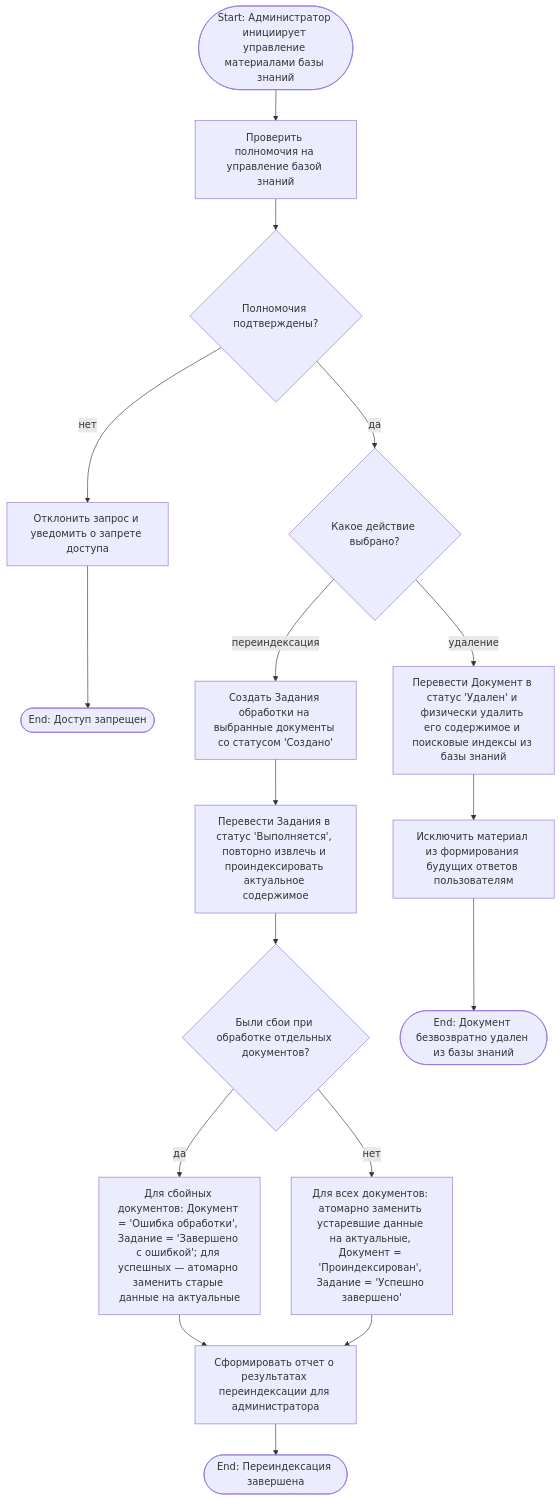
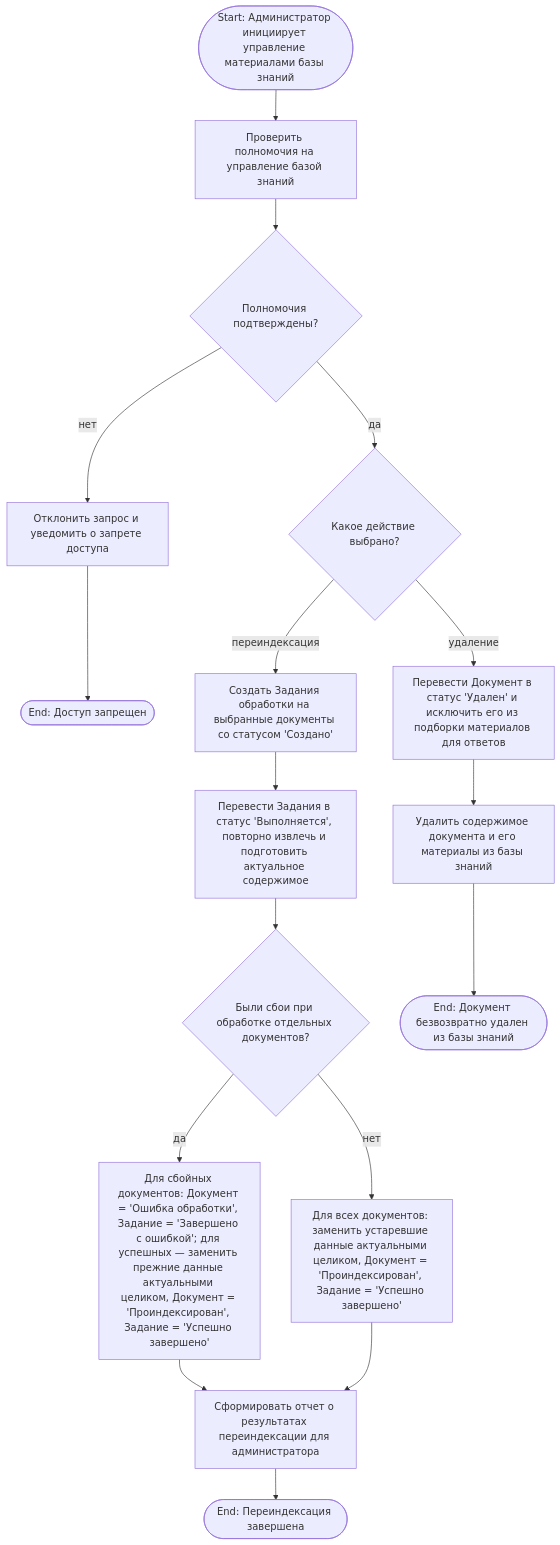
One commit to adsfryt/AI-chat-knowledge-bot changed the third of 3 diagrams in 1-task/3/README.md. Above: the diagram before and after it, drawn with Mermaid. The commit also changed other lines of this file, not shown here.

First line of the commit message:
Task 3 review: remove implementation details, fix logic gaps in activity diagrams

````diff
--- a/1-task/3/README.md
+++ b/1-task/3/README.md
@@ -96,19 +116,19 @@
 ```mermaid
 flowchart TD
     S(["Start: Администратор инициирует управление материалами базы знаний"]) --> B1["Проверить полномочия на управление базой знаний"]
     B1 --> D0{"Полномочия подтверждены?"}
     D0 -->|нет| E_NO_PERM["Отклонить запрос и уведомить о запрете доступа"]
     E_NO_PERM --> E_EXIT(["End: Доступ запрещен"])
     D0 -->|да| D1{"Какое действие выбрано?"}
     D1 -->|переиндексация| B2["Создать Задания обработки на выбранные документы со статусом 'Создано'"]
-    B2 --> W1["Перевести Задания в статус 'Выполняется', повторно извлечь и проиндексировать актуальное содержимое"]
+    B2 --> W1["Перевести Задания в статус 'Выполняется', повторно извлечь и подготовить актуальное содержимое"]
     W1 --> D2{"Были сбои при обработке отдельных документов?"}
-    D2 -->|да| B3["Для сбойных документов: Документ = 'Ошибка обработки', Задание = 'Завершено с ошибкой'; для успешных — атомарно заменить старые данные на актуальные"]
-    D2 -->|нет| B4["Для всех документов: атомарно заменить устаревшие данные на актуальные, Документ = 'Проиндексирован', Задание = 'Успешно завершено'"]
+    D2 -->|да| B3["Для сбойных документов: Документ = 'Ошибка обработки', Задание = 'Завершено с ошибкой'; для успешных — заменить прежние данные актуальными целиком, Документ = 'Проиндексирован', Задание = 'Успешно завершено'"]
+    D2 -->|нет| B4["Для всех документов: заменить устаревшие данные актуальными целиком, Документ = 'Проиндексирован', Задание = 'Успешно завершено'"]
     B3 --> RPT["Сформировать отчет о результатах переиндексации для администратора"]
     B4 --> RPT
     RPT --> E_REINDEX_DONE(["End: Переиндексация завершена"])
-    D1 -->|удаление| B5["Перевести Документ в статус 'Удален' и физически удалить его содержимое и поисковые индексы из базы знаний"]
-    B5 --> B6["Исключить материал из формирования будущих ответов пользователям"]
+    D1 -->|удаление| B5["Перевести Документ в статус 'Удален' и исключить его из подборки материалов для ответов"]
+    B5 --> B6["Удалить содержимое документа и его материалы из базы знаний"]
     B6 --> E_DEL_DONE(["End: Документ безвозвратно удален из базы знаний"])
 ```
````
